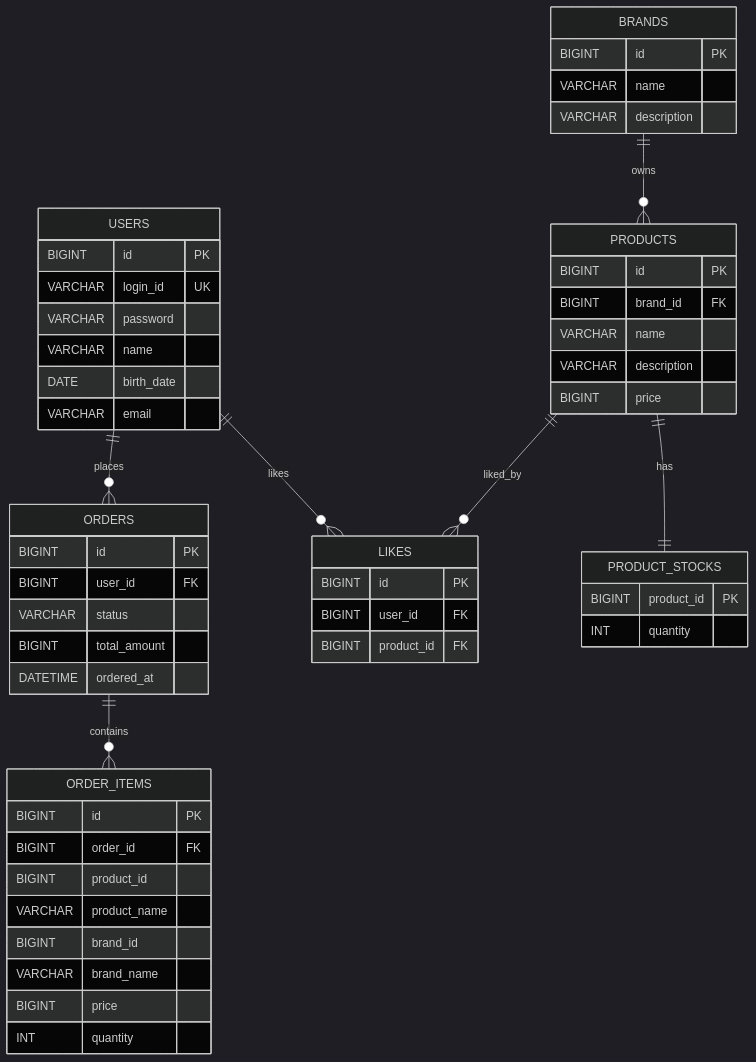
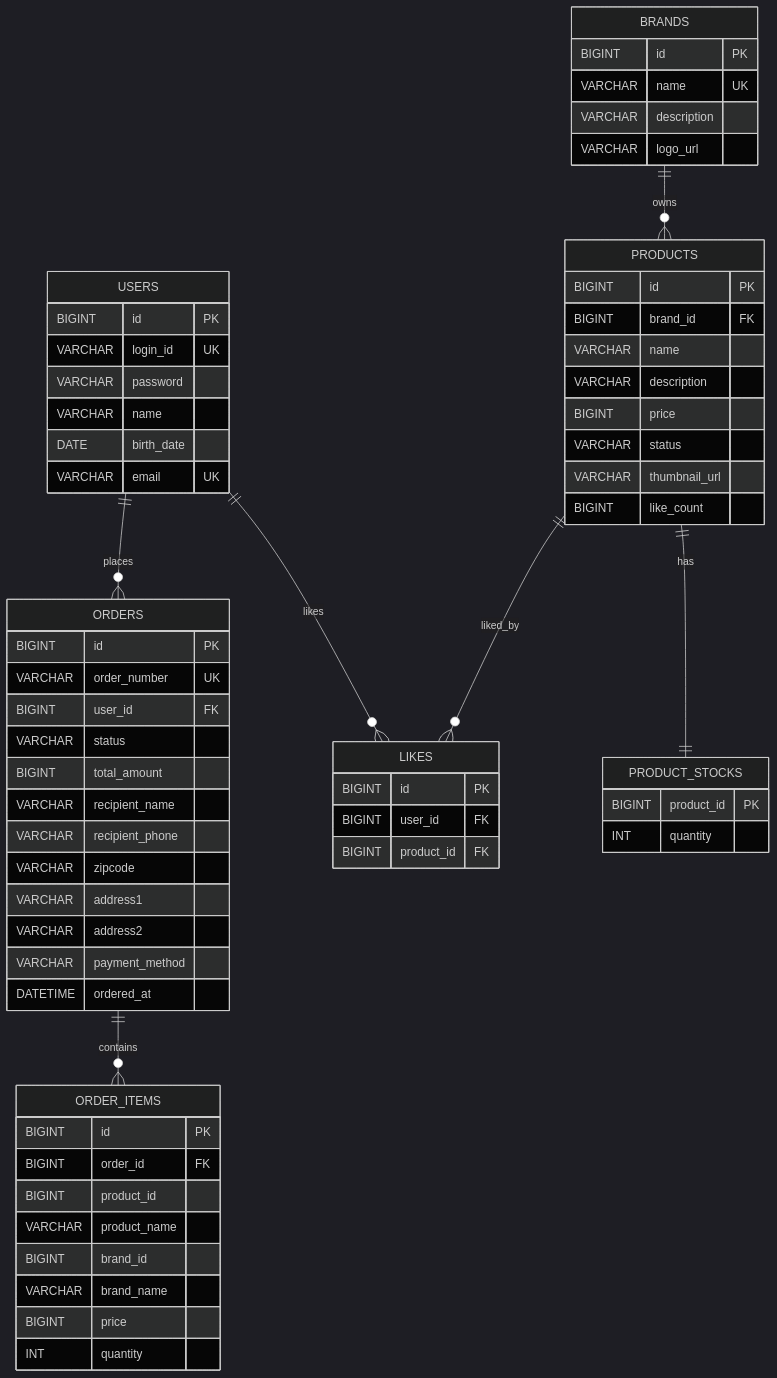
One commit to loopers-labs/loop-pack-be-l2-vol4-java changed the diagram in docs/week2/04-erd.md. Above: the diagram before and after it, drawn with Mermaid (dark theme). The commit also changed other lines of this file and 3 other files, not shown here.

````diff
--- a/docs/week2/04-erd.md
+++ b/docs/week2/04-erd.md
@@ -12,62 +12,73 @@
 ```mermaid
 erDiagram
     USERS ||--o{ LIKES : likes
     USERS ||--o{ ORDERS : places
     BRANDS ||--o{ PRODUCTS : owns
     PRODUCTS ||--|| PRODUCT_STOCKS : has
     PRODUCTS ||--o{ LIKES : liked_by
     ORDERS ||--o{ ORDER_ITEMS : contains
 
     USERS {
         BIGINT id PK
         VARCHAR login_id UK
         VARCHAR password
         VARCHAR name
         DATE birth_date
-        VARCHAR email
+        VARCHAR email UK
     }
 
     BRANDS {
         BIGINT id PK
-        VARCHAR name
+        VARCHAR name UK
         VARCHAR description
+        VARCHAR logo_url
     }
 
     PRODUCTS {
         BIGINT id PK
         BIGINT brand_id FK
         VARCHAR name
         VARCHAR description
         BIGINT price
+        VARCHAR status
+        VARCHAR thumbnail_url
+        BIGINT like_count
     }
 
     PRODUCT_STOCKS {
         BIGINT product_id PK
         INT quantity
     }
 
     LIKES {
         BIGINT id PK
         BIGINT user_id FK
         BIGINT product_id FK
     }
 
     ORDERS {
         BIGINT id PK
+        VARCHAR order_number UK
         BIGINT user_id FK
         VARCHAR status
         BIGINT total_amount
+        VARCHAR recipient_name
+        VARCHAR recipient_phone
+        VARCHAR zipcode
+        VARCHAR address1
+        VARCHAR address2
+        VARCHAR payment_method
         DATETIME ordered_at
     }
 
     ORDER_ITEMS {
         BIGINT id PK
         BIGINT order_id FK
         BIGINT product_id
         VARCHAR product_name
         BIGINT brand_id
         VARCHAR brand_name
         BIGINT price
         INT quantity
     }
 ```
````
